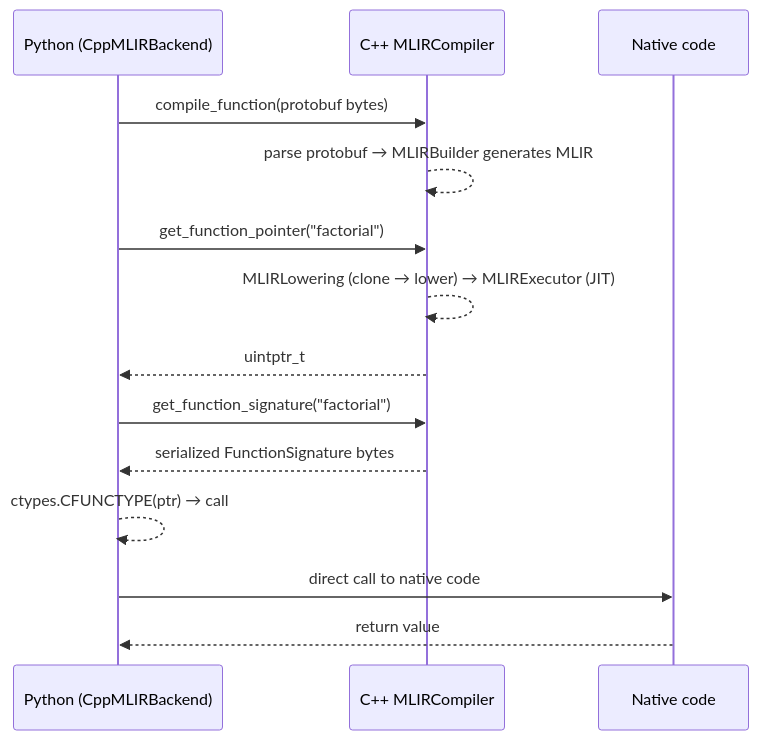
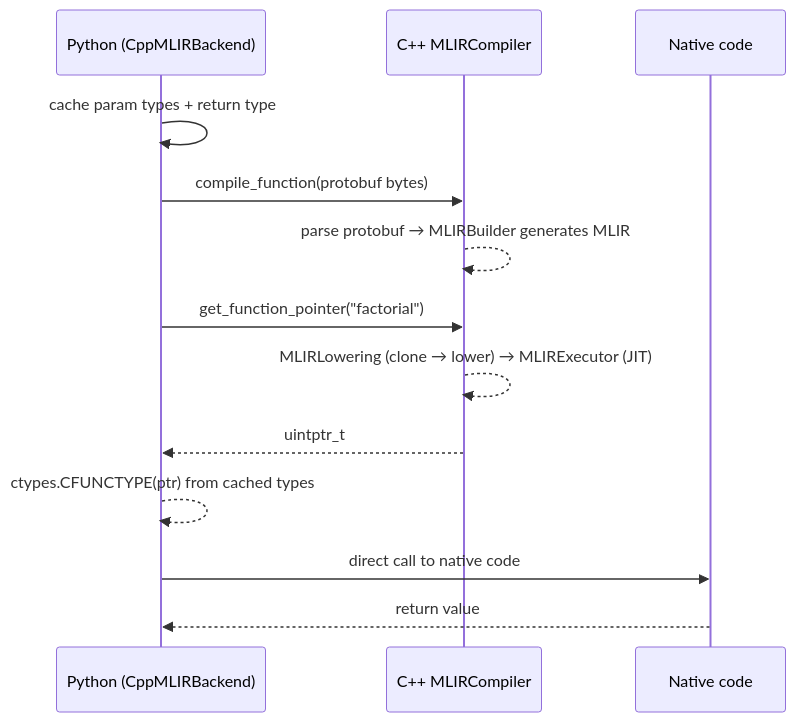
One commit to lbj321/ml-edsl changed the second of 2 diagrams in ARCHITECTURE.md. Above: the diagram before and after it, drawn with Mermaid. The commit also changed other lines of this file and 6 other files, not shown here.

First line of the commit message:
Move function signature caching from C++ to Python side

````diff
--- a/ARCHITECTURE.md
+++ b/ARCHITECTURE.md
@@ -167,17 +167,16 @@
 ```mermaid
 sequenceDiagram
     participant P as Python (CppMLIRBackend)
     participant C as C++ MLIRCompiler
     participant JIT as Native code
 
+    P->>P: cache param types + return type
     P->>C: compile_function(protobuf bytes)
     C-->>C: parse protobuf → MLIRBuilder generates MLIR
     P->>C: get_function_pointer("factorial")
     C-->>C: MLIRLowering (clone → lower) → MLIRExecutor (JIT)
     C-->>P: uintptr_t
-    P->>C: get_function_signature("factorial")
-    C-->>P: serialized FunctionSignature bytes
-    P-->>P: ctypes.CFUNCTYPE(ptr) → call
+    P-->>P: ctypes.CFUNCTYPE(ptr) from cached types
     P->>JIT: direct call to native code
     JIT-->>P: return value
 ```
````
